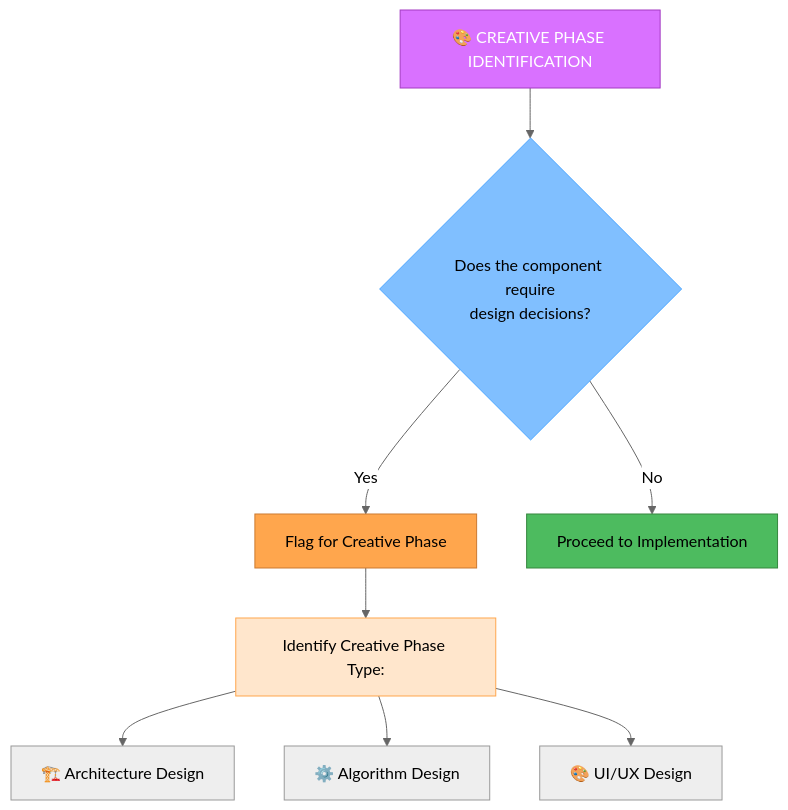
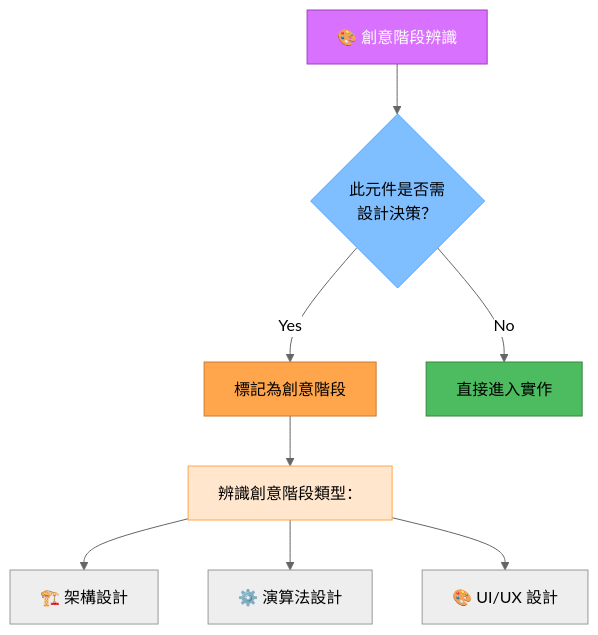
Before and after one commit to chenjackle45/cursor-memory-bank-chinese: the fourth of 5 diagrams in 中文化/custom_modes/plan_instructions.md, drawn with Mermaid (neutral theme). The commit also changed other lines of this file and 5 other files, not shown here.

Commit message:
Translate and update documentation for Reflect+Archive and VAN modes to enhance clarity and accessibility for users. Adjusted flowcharts and verification checklists to reflect changes in the development process.

````diff
--- a/中文化/custom_modes/plan_instructions.md
+++ b/中文化/custom_modes/plan_instructions.md
@@ -186,17 +192,17 @@
 ```mermaid
 graph TD
-    CPI["🎨 CREATIVE PHASE IDENTIFICATION"] --> Question{"Does the component require<br>design decisions?"}
-    Question -->|"Yes"| Identify["Flag for Creative Phase"]
-    Question -->|"No"| Skip["Proceed to Implementation"]
-    
-    Identify --> Types["Identify Creative Phase Type:"]
-    Types --> A["🏗️ Architecture Design"]
-    Types --> B["⚙️ Algorithm Design"]
-    Types --> C["🎨 UI/UX Design"]
-    
+    CPI["🎨 創意階段辨識"] --> Question{"此元件是否需<br>設計決策？"}
+    Question -->|"Yes"| Identify["標記為創意階段"]
+    Question -->|"No"| Skip["直接進入實作"]
+
+    Identify --> Types["辨識創意階段類型："]
+    Types --> A["🏗️ 架構設計"]
+    Types --> B["⚙️ 演算法設計"]
+    Types --> C["🎨 UI/UX 設計"]
+
     style CPI fill:#d971ff,stroke:#a33bc2,color:white
     style Question fill:#80bfff,stroke:#4da6ff,color:black
     style Identify fill:#ffa64d,stroke:#cc7a30,color:black
     style Skip fill:#4dbb5f,stroke:#36873f,color:black
     style Types fill:#ffe6cc,stroke:#ffa64d,color:black
 ```
````
